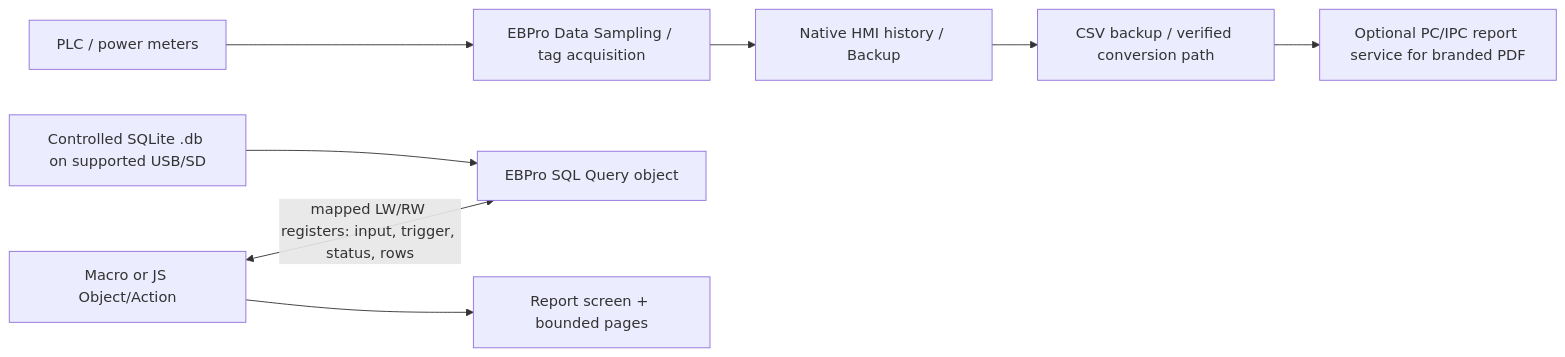
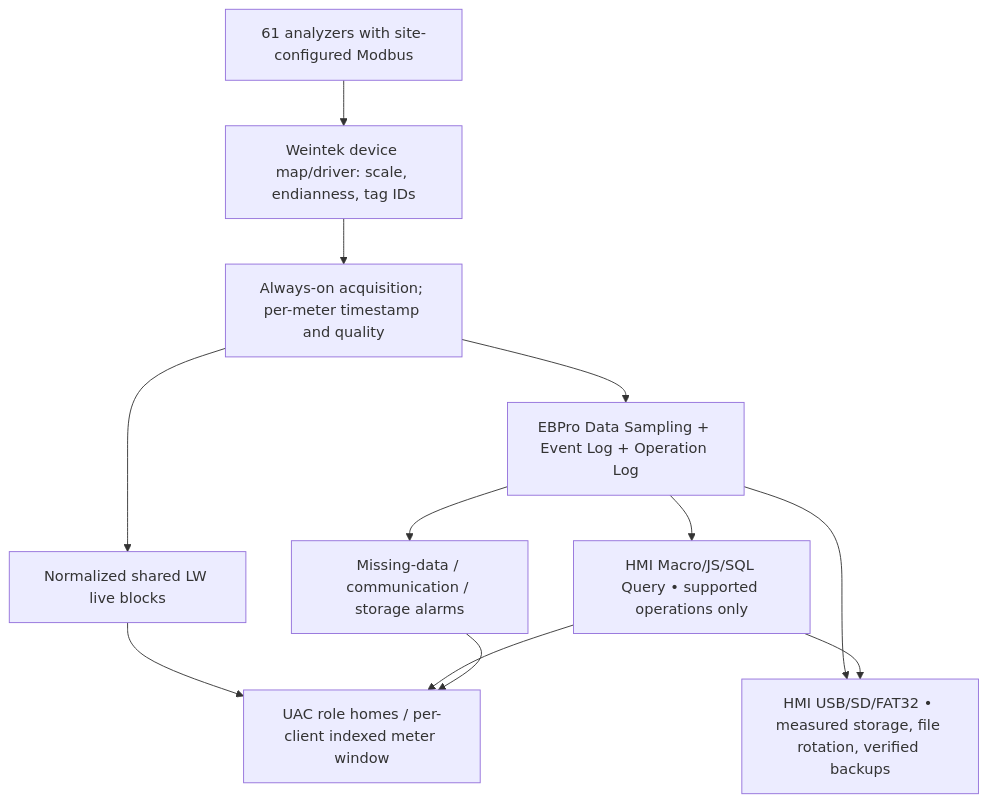
Before and after one commit to raohassandev/Weintek-Macro-Javascript-based-reporting: the diagram in docs/ARCHITECTURE.md, drawn with Mermaid. The commit also changed other lines of this file and 27 other files, not shown here.

Commit message:
feat: Weintek-only UCS architecture, role homes and HTML/demo research (#26)

````diff
--- a/docs/ARCHITECTURE.md
+++ b/docs/ARCHITECTURE.md
@@ -5,10 +8,14 @@
 ```mermaid
-flowchart LR
-  PLC["PLC / power meters"] --> S["EBPro Data Sampling / tag acquisition"]
-  S --> H["Native HMI history / Backup"]
-  SRC["Controlled SQLite .db on supported USB/SD"] --> Q["EBPro SQL Query object"]
-  M["Macro or JS Object/Action"] <-->|"mapped LW/RW registers: input, trigger, status, rows"| Q
-  M --> V["Report screen + bounded pages"]
-  H --> C["CSV backup / verified conversion path"]
-  C --> EXT["Optional PC/IPC report service for branded PDF"]
+flowchart TB
+  METERS["61 analyzers with site-configured Modbus"] --> MAP["Weintek device map/driver: scale, endianness, tag IDs"]
+  MAP --> ACQ["Always-on acquisition; per-meter timestamp and quality"]
+  ACQ --> LW["Normalized shared LW live blocks"]
+  LW --> UI["UAC role homes / per-client indexed meter window"]
+  ACQ --> H["EBPro Data Sampling + Event Log + Operation Log"]
+  H --> REP["HMI Macro/JS/SQL Query • supported operations only"]
+  REP --> UI
+  H --> USB["HMI USB/SD/FAT32 • measured storage, file rotation, verified backups"]
+  REP --> USB
+  H --> EV["Missing-data / communication / storage alarms"]
+  EV --> UI
 ```
````
